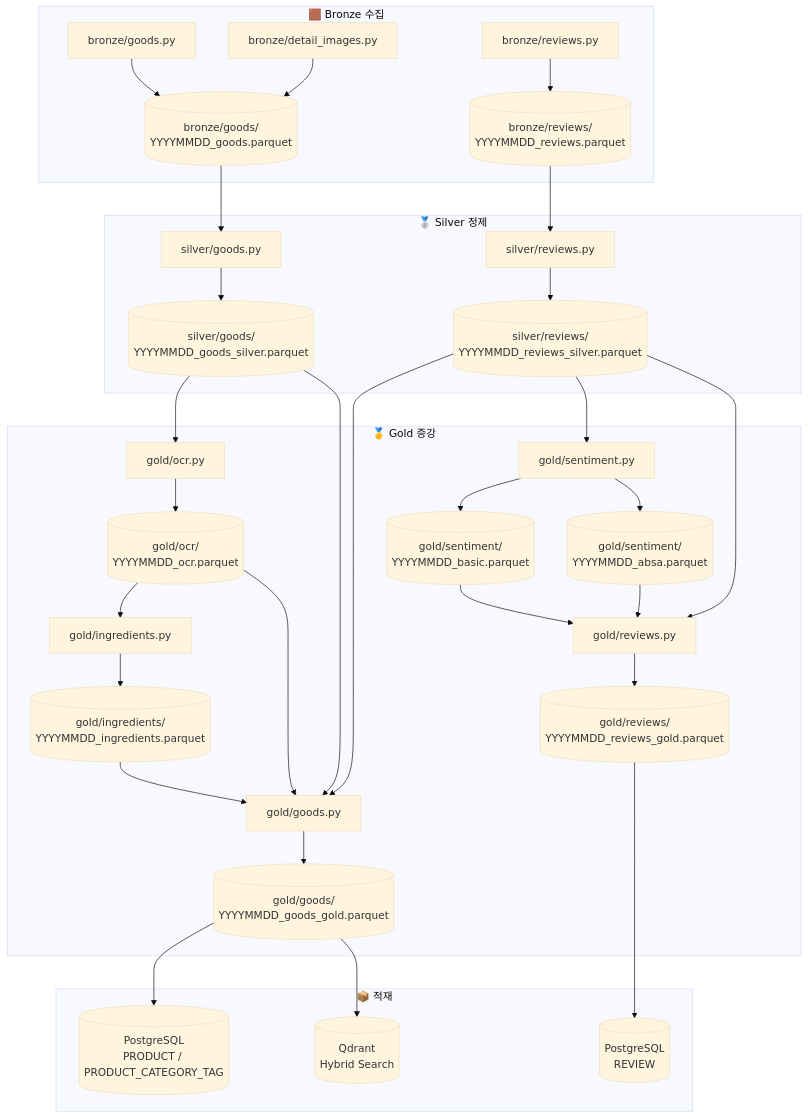
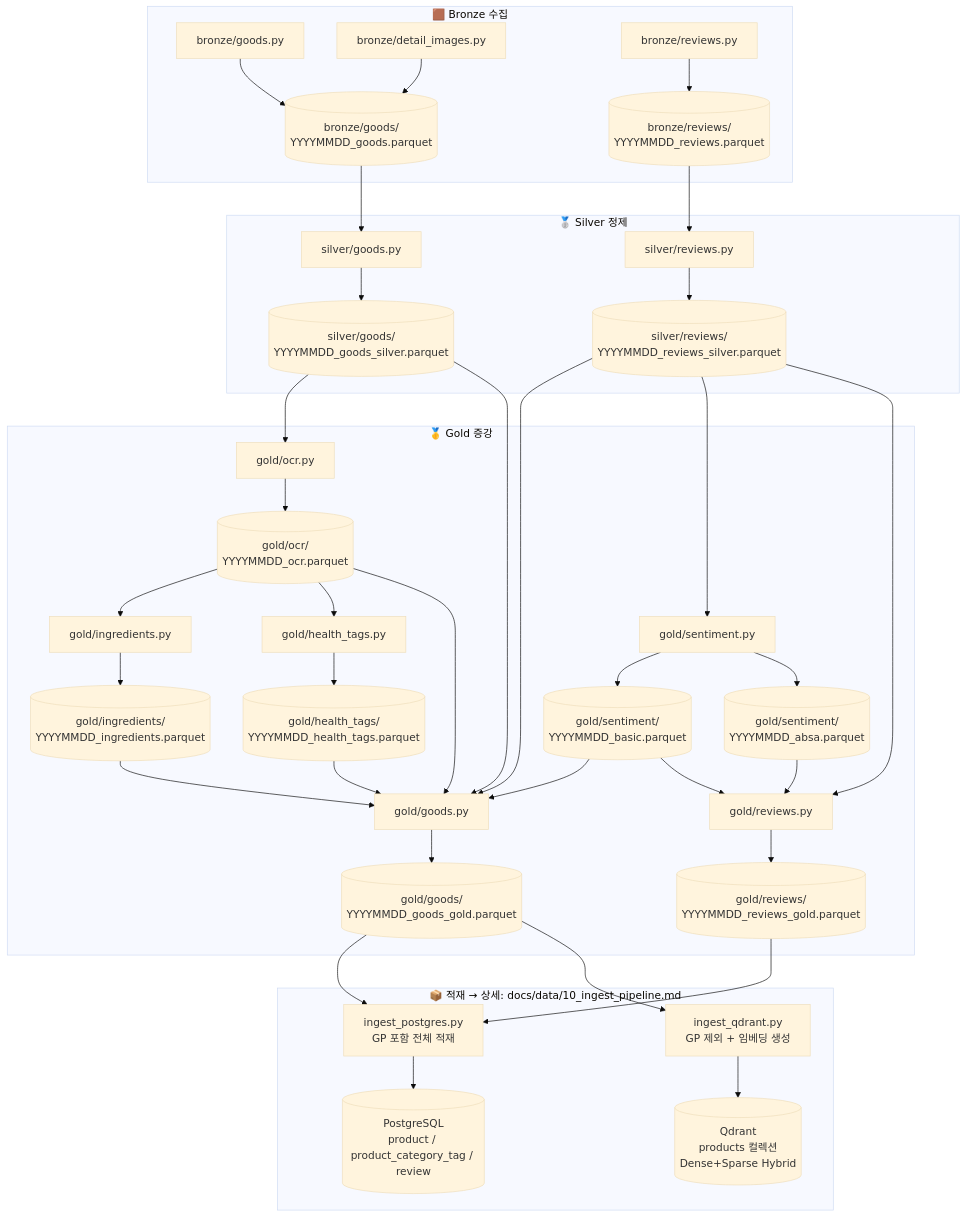
The first of 2 diagrams in docs/data/03_medallion_schema.md (skn-ai22-251029/SKN22-Final-2Team-WEB), drawn with Mermaid (base theme) before and after one commit. The commit also changed other lines of this file and 17 other files, not shown here.

````diff
--- a/docs/data/03_medallion_schema.md
+++ b/docs/data/03_medallion_schema.md
@@ -10,43 +10,49 @@
 ```mermaid
 flowchart TD
     subgraph Bronze["🟫 Bronze 수집"]
         B1[bronze/goods.py] --> BO1[(bronze/goods/<br>YYYYMMDD_goods.parquet)]
         B2[bronze/detail_images.py] --> BO1
         B3[bronze/reviews.py] --> BO2[(bronze/reviews/<br>YYYYMMDD_reviews.parquet)]
     end
 
     subgraph Silver["🥈 Silver 정제"]
         BO1 --> S1[silver/goods.py]
         S1 --> SO1[(silver/goods/<br>YYYYMMDD_goods_silver.parquet)]
         BO2 --> S2[silver/reviews.py]
         S2 --> SO2[(silver/reviews/<br>YYYYMMDD_reviews_silver.parquet)]
     end
 
     subgraph Gold["🥇 Gold 증강"]
         SO1 --> G1[gold/ocr.py]
         G1 --> GO1[(gold/ocr/<br>YYYYMMDD_ocr.parquet)]
         GO1 --> G2[gold/ingredients.py]
         G2 --> GO2[(gold/ingredients/<br>YYYYMMDD_ingredients.parquet)]
+        GO1 --> GHT[gold/health_tags.py]
+        GHT --> GOHT[(gold/health_tags/<br>YYYYMMDD_health_tags.parquet)]
 
         SO1 --> G3[gold/goods.py]
         GO1 --> G3
         GO2 --> G3
+        GOHT --> G3
         SO2 --> G3
         G3 --> GO3[(gold/goods/<br>YYYYMMDD_goods_gold.parquet)]
 
         SO2 --> G5[gold/sentiment.py]
         G5 --> GO5[(gold/sentiment/<br>YYYYMMDD_basic.parquet)]
         G5 --> GO6[(gold/sentiment/<br>YYYYMMDD_absa.parquet)]
+        GO5 --> G3
 
         SO2 --> G4[gold/reviews.py]
         GO5 --> G4
         GO6 --> G4
         G4 --> GO4[(gold/reviews/<br>YYYYMMDD_reviews_gold.parquet)]
     end
 
-    subgraph DB["📦 적재"]
-        GO3 --> P[(PostgreSQL<br>PRODUCT / PRODUCT_CATEGORY_TAG)]
-        GO4 --> R[(PostgreSQL<br>REVIEW)]
-        GO3 --> Q[(Qdrant<br>Hybrid Search)]
+    subgraph DB["📦 적재 → 상세: docs/data/10_ingest_pipeline.md"]
+        GO3 --> PG_INGEST[ingest_postgres.py<br>GP 포함 전체 적재]
+        GO4 --> PG_INGEST
+        GO3 --> QD_INGEST[ingest_qdrant.py<br>GP 제외 + 임베딩 생성]
+        PG_INGEST --> P[(PostgreSQL<br>product / product_category_tag / review)]
+        QD_INGEST --> Q[(Qdrant<br>products 컬렉션<br>Dense+Sparse Hybrid)]
     end
 ```
````
